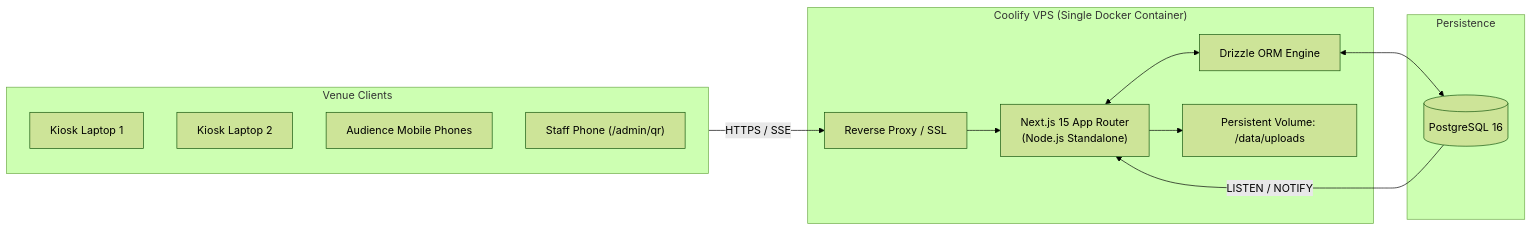
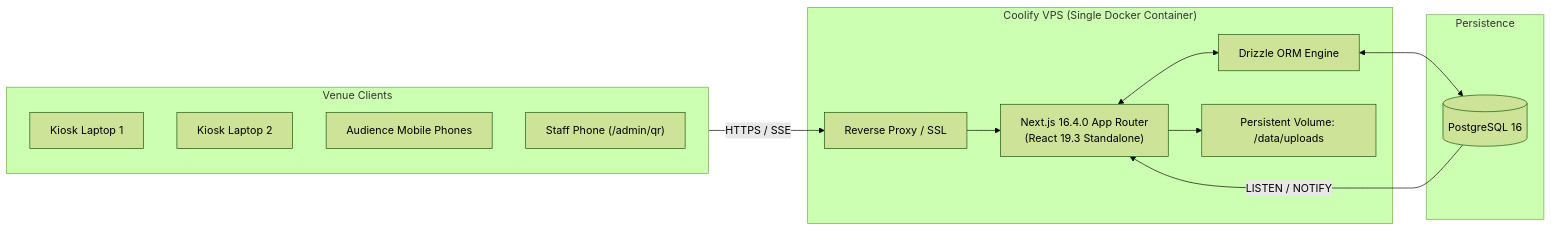
Before and after one commit to szqiel/knf-ticketing: the third of 6 diagrams in final_project_plan.md, drawn with Mermaid (forest theme). The commit also changed other lines of this file, not shown here.

First line of the commit message:
docs(plan): perbarui spesifikasi tech stack ke next.js 16 dan react 19

````diff
--- a/final_project_plan.md
+++ b/final_project_plan.md
@@ -139,25 +139,25 @@
 ```mermaid
 flowchart LR
   subgraph Clients["Venue Clients"]
     K1["Kiosk Laptop 1"]
     K2["Kiosk Laptop 2"]
     Phones["Audience Mobile Phones"]
     Staff["Staff Phone (/admin/qr)"]
   end
 
   subgraph Coolify["Coolify VPS (Single Docker Container)"]
     Traefik["Reverse Proxy / SSL"]
-    Next["Next.js 15 App Router<br>(Node.js Standalone)"]
+    Next["Next.js 16.4.0 App Router<br>(React 19.3 Standalone)"]
     Drizzle["Drizzle ORM Engine"]
     Vol["Persistent Volume: /data/uploads"]
   end
 
   subgraph Database["Persistence"]
     PG[("PostgreSQL 16")]
   end
 
   Clients -- "HTTPS / SSE" --> Traefik --> Next
   Next <--> Drizzle <--> PG
   Next --> Vol
   PG -- "LISTEN / NOTIFY" --> Next
 ```
````
